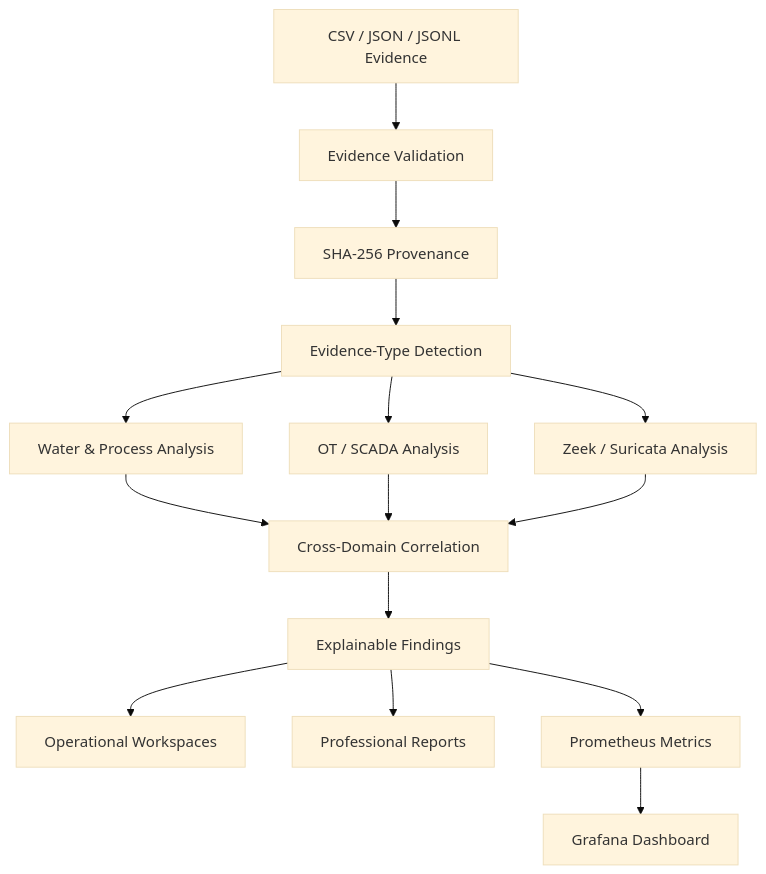
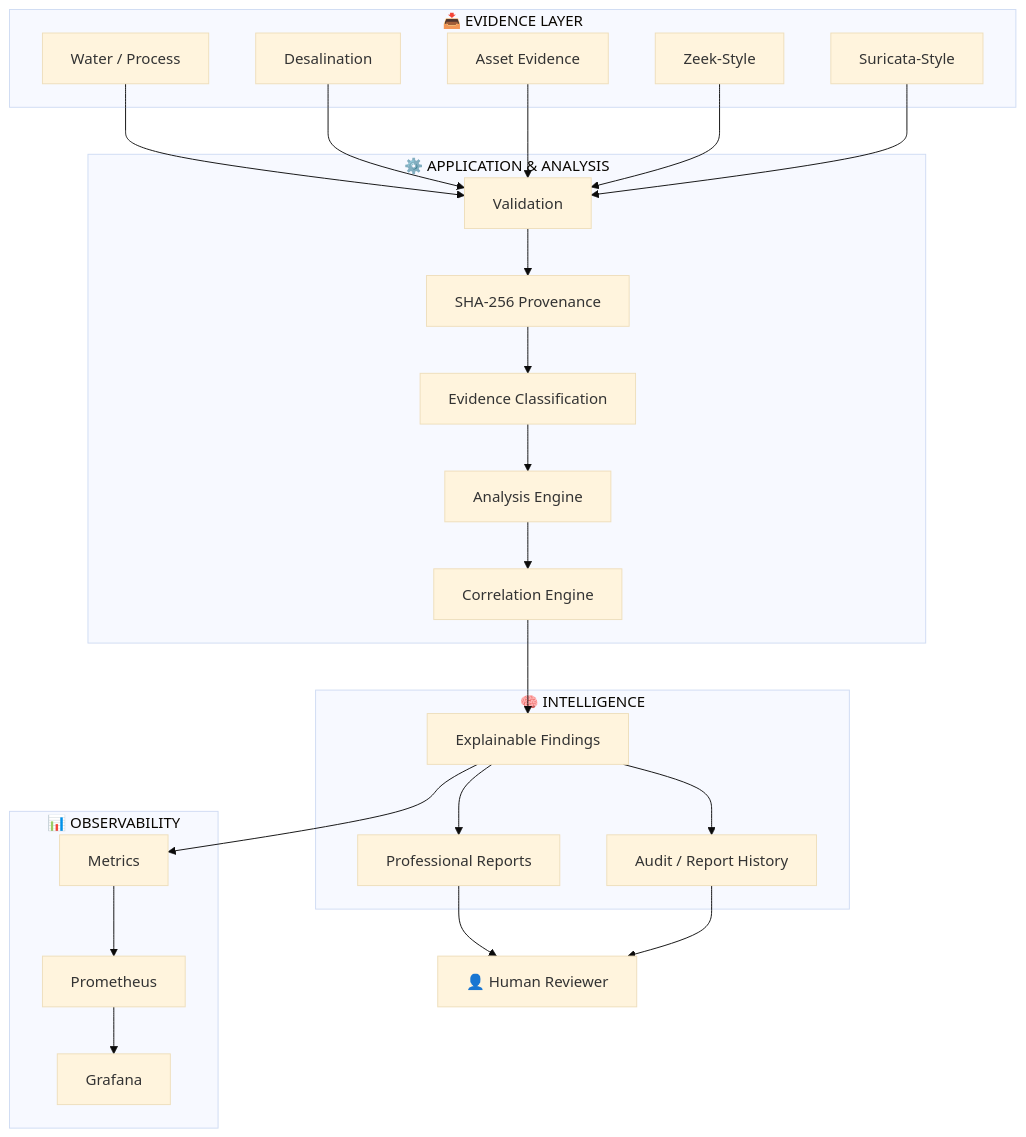
Before and after one commit to HaziqBinAfzal/AquaVigil: the third of 10 diagrams in README.md, drawn with Mermaid (base theme). The commit also changed other lines of this file, not shown here.

````diff
--- a/README.md
+++ b/README.md
@@ -117,22 +193,55 @@
 ```mermaid
 flowchart TB
-    A["CSV / JSON / JSONL Evidence"] --> B["Evidence Validation"]
-    B --> C["SHA-256 Provenance"]
-    C --> D["Evidence-Type Detection"]
 
-    D --> E["Water & Process Analysis"]
-    D --> F["OT / SCADA Analysis"]
-    D --> G["Zeek / Suricata Analysis"]
+    subgraph EVIDENCE["📥 EVIDENCE LAYER"]
+        W["Water / Process"]
+        D["Desalination"]
+        A["Asset Evidence"]
+        Z["Zeek-Style"]
+        S["Suricata-Style"]
+    end
 
-    E --> H["Cross-Domain Correlation"]
+    subgraph APPLICATION["⚙️ APPLICATION & ANALYSIS"]
+        V["Validation"]
+        P["SHA-256 Provenance"]
+        T["Evidence Classification"]
+        AN["Analysis Engine"]
+        C["Correlation Engine"]
+    end
+
+    subgraph INTELLIGENCE["🧠 INTELLIGENCE"]
+        F["Explainable Findings"]
+        R["Professional Reports"]
+        H["Audit / Report History"]
+    end
+
+    subgraph OBS["📊 OBSERVABILITY"]
+        M["Metrics"]
+        PR["Prometheus"]
+        G["Grafana"]
+    end
+
+    HUMAN["👤 Human Reviewer"]
+
+    W --> V
+    D --> V
+    A --> V
+    Z --> V
+    S --> V
+
+    V --> P
+    P --> T
+    T --> AN
+    AN --> C
+
+    C --> F
+    F --> R
     F --> H
-    G --> H
 
-    H --> I["Explainable Findings"]
+    F --> M
+    M --> PR
+    PR --> G
 
-    I --> J["Operational Workspaces"]
-    I --> K["Professional Reports"]
-    I --> L["Prometheus Metrics"]
-
-    L --> M["Grafana Dashboard"]
+    R --> HUMAN
+    H --> HUMAN
 ```
````
